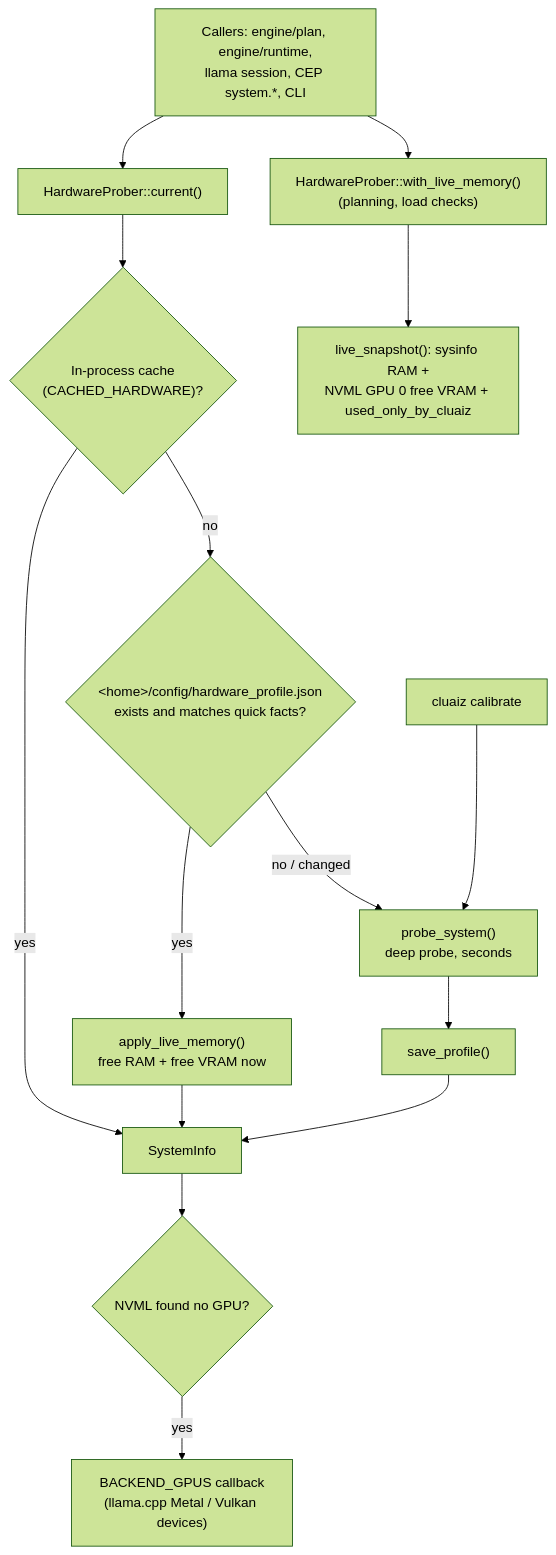
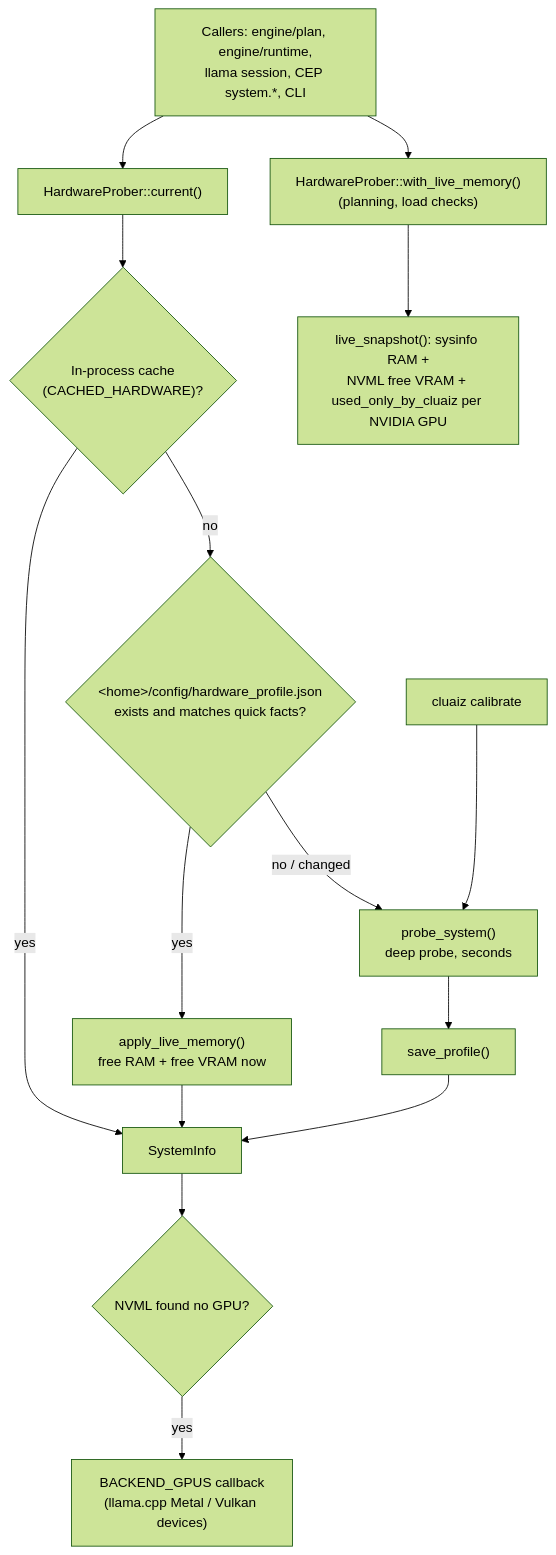
One commit to cluaiz/cluaiz changed the diagram in engine/hardware/README.md. Above: the diagram before and after it, drawn with Mermaid (forest theme). The commit also changed other lines of this file and 1 other file, not shown here.

Commit message:
fix(hardware): every NVIDIA GPU gets a live free-VRAM reading, not only GPU 0

````diff
--- a/engine/hardware/README.md
+++ b/engine/hardware/README.md
@@ -21,17 +21,17 @@
 ```mermaid
 graph TD
     Caller["Callers: engine/plan, engine/runtime,<br/>llama session, CEP system.*, CLI"] --> Cur["HardwareProber::current()"]
     Caller --> Live["HardwareProber::with_live_memory()<br/>(planning, load checks)"]
     Cur --> Mem{"In-process cache<br/>(CACHED_HARDWARE)?"}
     Mem -->|"yes"| Ret["SystemInfo"]
     Mem -->|"no"| File{"&lt;home&gt;/config/hardware_profile.json<br/>exists and matches quick facts?"}
     File -->|"yes"| Fresh["apply_live_memory()<br/>free RAM + free VRAM now"]
     File -->|"no / changed"| Deep["probe_system()<br/>deep probe, seconds"]
     Deep --> Save["save_profile()"]
     Fresh --> Ret
     Save --> Ret
     Ret --> Backend{"NVML found no GPU?"}
     Backend -->|"yes"| BG["BACKEND_GPUS callback<br/>(llama.cpp Metal / Vulkan devices)"]
-    Live --> Snap["live_snapshot(): sysinfo RAM +<br/>NVML GPU 0 free VRAM + used_only_by_cluaiz"]
+    Live --> Snap["live_snapshot(): sysinfo RAM +<br/>NVML free VRAM + used_only_by_cluaiz per NVIDIA GPU"]
     Cal["cluaiz calibrate"] --> Deep
 ```
````
